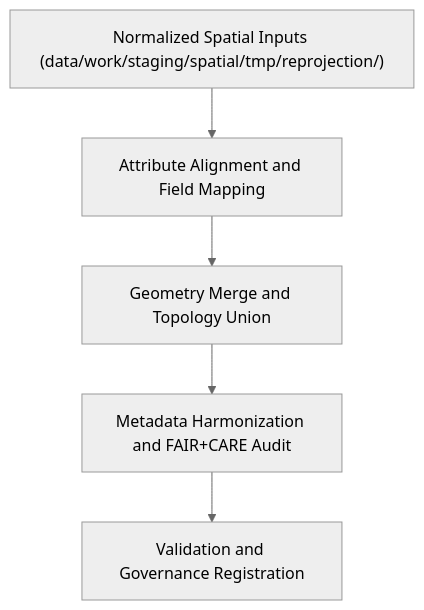
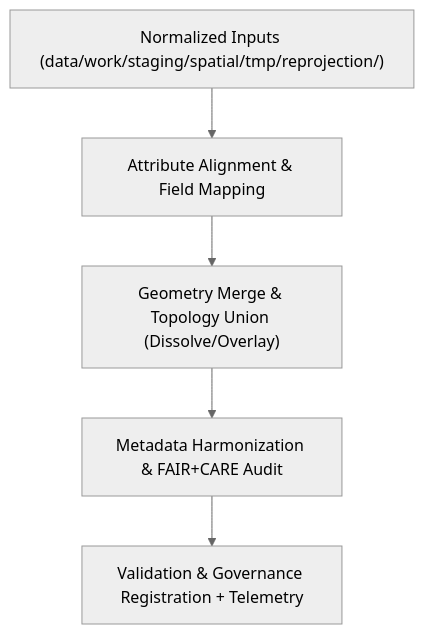
One commit to bartytime4life/Kansas-Frontier-Matrix changed the diagram in data/work/staging/spatial/tmp/union_merge/README.md. Above: the diagram before and after it, drawn with Mermaid (neutral theme). The commit also changed other lines of this file, not shown here.

````diff
--- a/data/work/staging/spatial/tmp/union_merge/README.md
+++ b/data/work/staging/spatial/tmp/union_merge/README.md
@@ -62,7 +69,7 @@
 ```mermaid
 flowchart TD
-    A["Normalized Spatial Inputs (data/work/staging/spatial/tmp/reprojection/)"] --> B["Attribute Alignment and Field Mapping"]
-    B --> C["Geometry Merge and Topology Union"]
-    C --> D["Metadata Harmonization and FAIR+CARE Audit"]
-    D --> E["Validation and Governance Registration"]
+    A["Normalized Inputs (data/work/staging/spatial/tmp/reprojection/)"] --> B["Attribute Alignment & Field Mapping"]
+    B --> C["Geometry Merge & Topology Union (Dissolve/Overlay)"]
+    C --> D["Metadata Harmonization & FAIR+CARE Audit"]
+    D --> E["Validation & Governance Registration + Telemetry"]
 ```
````
